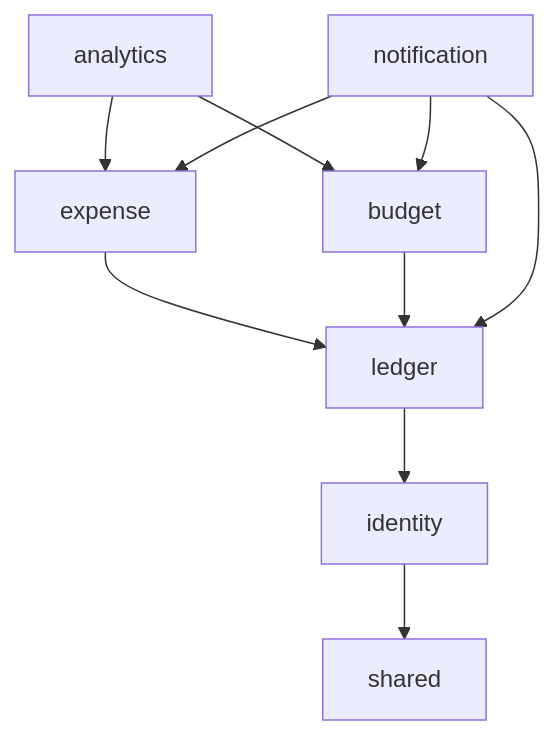
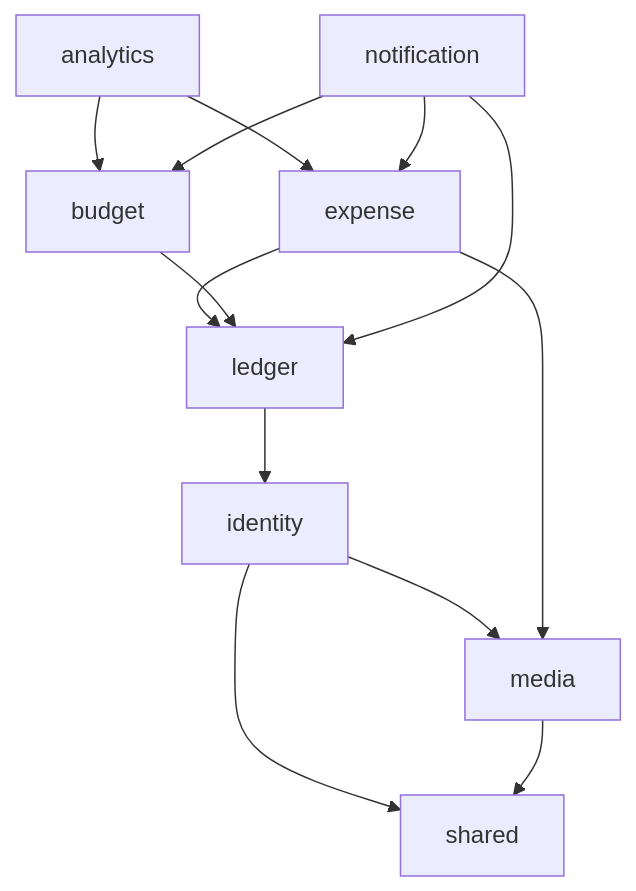
Before and after one commit to powerfulHimchan/MealBudgetDiet: the second of 3 diagrams in docs/architecture.md, drawn with Mermaid. The commit also changed other lines of this file and 3 other files, not shown here.

````diff
--- a/docs/architecture.md
+++ b/docs/architecture.md
@@ -89,12 +92,15 @@
 ```mermaid
 flowchart TD
     I["identity"] --> S["shared"]
+    I --> M["media"]
     L["ledger"] --> I
     E["expense"] --> L
+    E --> M
+    M --> S
     B["budget"] --> L
     A["analytics"] --> E
     A --> B
     N["notification"] --> E
     N --> B
     N --> L
 ```
````
